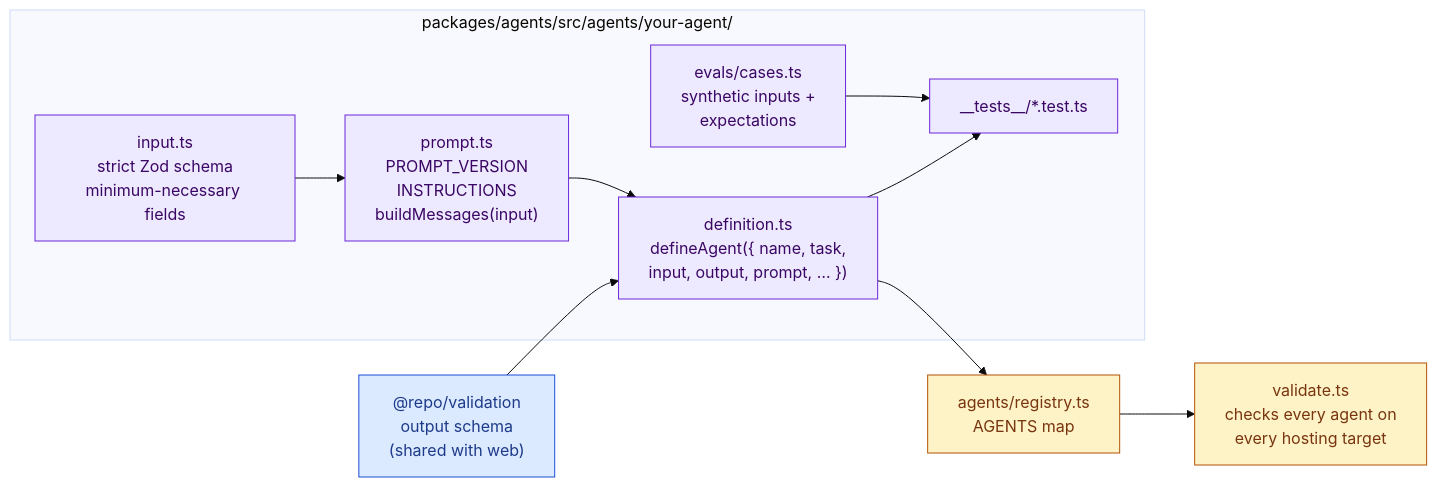
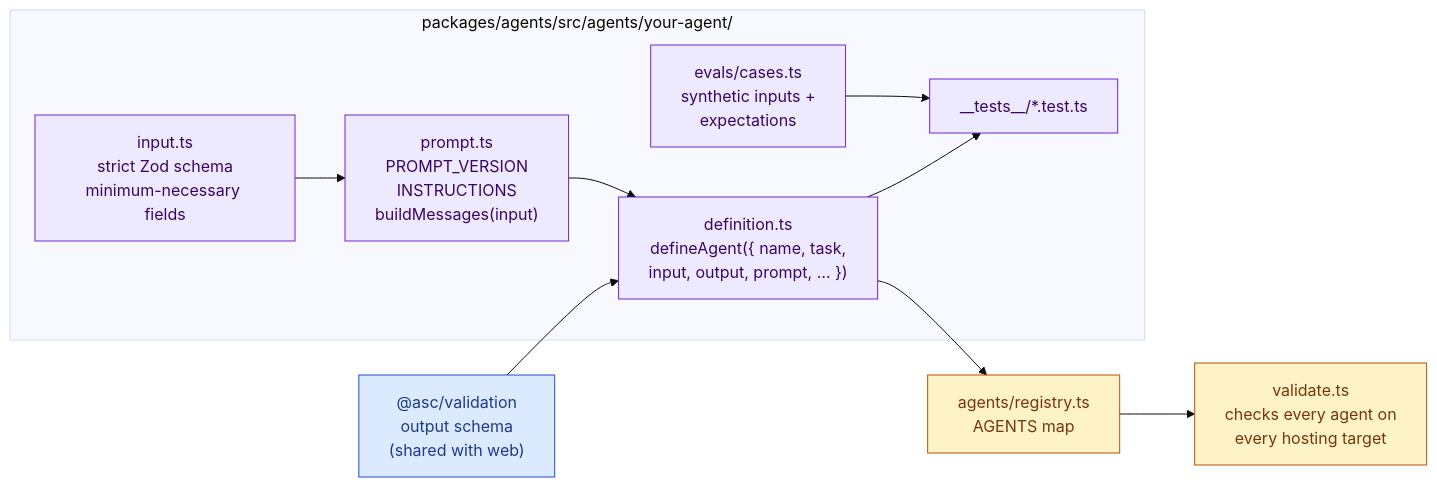
One commit to imRahul05/ASC-EHR changed the third of 5 diagrams in docs/agent/ai-agents-guide.md. Above: the diagram before and after it, drawn with Mermaid (base theme). The commit also changed other lines of this file and 88 other files, not shown here.

First line of the commit message:
chore: rename internal package scope @repo/* -> @asc/*

````diff
--- a/docs/agent/ai-agents-guide.md
+++ b/docs/agent/ai-agents-guide.md
@@ -70,23 +70,23 @@
 ```mermaid
 flowchart LR
     classDef file fill:#ede9fe,stroke:#6d28d9,color:#3b0764
     classDef shared fill:#dbeafe,stroke:#1d4ed8,color:#1e3a8a
     classDef reg fill:#fef3c7,stroke:#b45309,color:#78350f
 
     subgraph Folder ["packages/agents/src/agents/your-agent/"]
         IN["input.ts<br/>strict Zod schema<br/>minimum-necessary fields"]:::file
         PR["prompt.ts<br/>PROMPT_VERSION<br/>INSTRUCTIONS<br/>buildMessages(input)"]:::file
         DEF["definition.ts<br/>defineAgent({ name, task,<br/>input, output, prompt, … })"]:::file
         EV["evals/cases.ts<br/>synthetic inputs +<br/>expectations"]:::file
         T["__tests__/*.test.ts"]:::file
     end
-    OUT["@repo/validation<br/>output schema<br/>(shared with web)"]:::shared
+    OUT["@asc/validation<br/>output schema<br/>(shared with web)"]:::shared
     REG["agents/registry.ts<br/>AGENTS map"]:::reg
     VAL["validate.ts<br/>checks every agent on<br/>every hosting target"]:::reg
 
     IN --> PR --> DEF
     OUT --> DEF
     DEF --> REG --> VAL
     EV --> T
     DEF --> T
 ```
````
